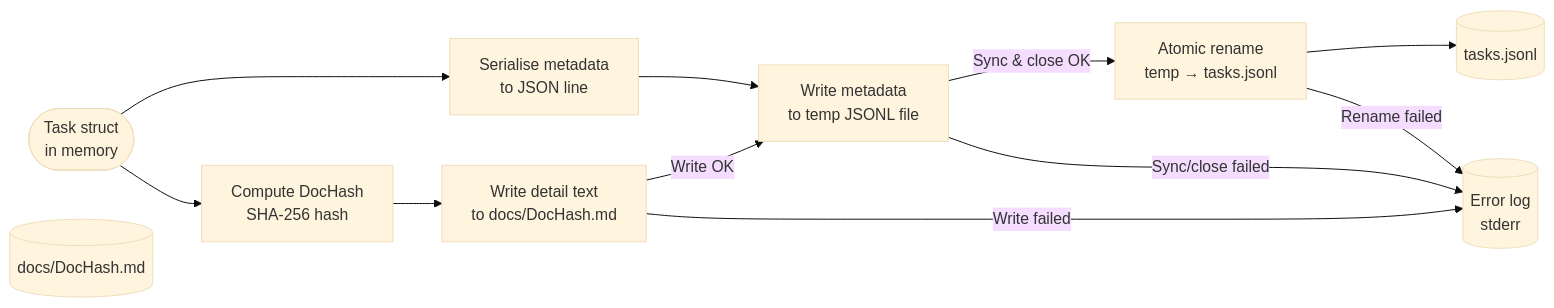
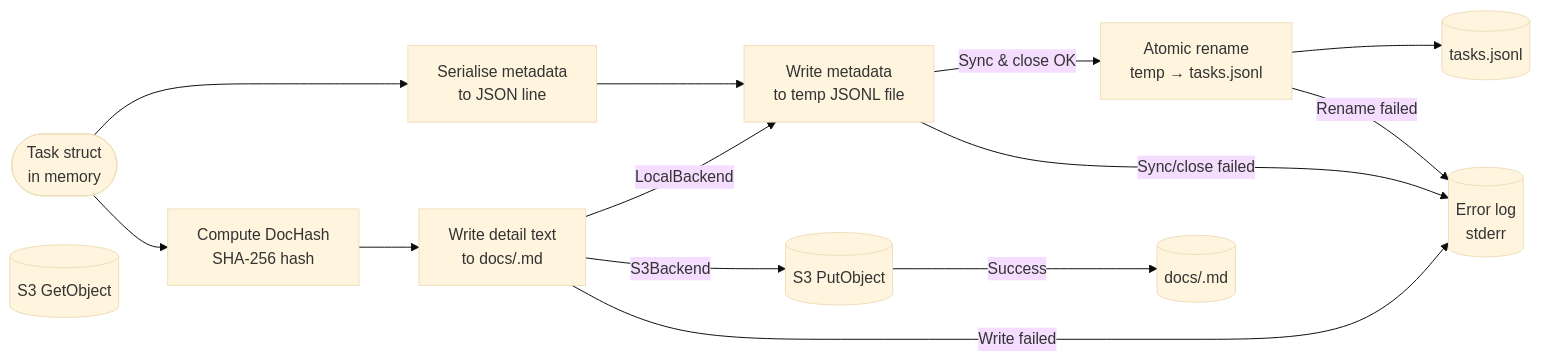
Before and after one commit to bmordue/tssk: the diagram in docs/flows/data-pipeline.md, drawn with Mermaid (base theme). The commit also changed other lines of this file and 6 other files, not shown here.

First line of the commit message:
docs: update architecture diagrams to match current codebase

````diff
--- a/docs/flows/data-pipeline.md
+++ b/docs/flows/data-pipeline.md
@@ -8,23 +8,27 @@
 ```mermaid
 flowchart LR
     INPUT([Task struct\nin memory])
     META[Serialise metadata\nto JSON line]
     HASH[Compute DocHash\nSHA-256 hash]
-    DETAIL[Write detail text\nto docs/DocHash.md]
+    DETAIL[Write detail text\nto docs/<hash_prefix>.md]
     TMP[Write metadata\nto temp JSONL file]
     RENAME[Atomic rename\ntemp → tasks.jsonl]
     JSONL[(tasks.jsonl)]
-    DOCS[(docs/DocHash.md)]
+    DOCS[(docs/<hash_prefix>.md)]
+    S3WRITE[(S3 PutObject)]
+    S3READ[(S3 GetObject)]
     ERROR[(Error log\nstderr)]
 
     INPUT --> META
     INPUT --> HASH
     HASH --> DETAIL
-    DETAIL -->|Write OK| TMP
+    DETAIL -->|LocalBackend| TMP
+    DETAIL -->|S3Backend| S3WRITE
     DETAIL -->|Write failed| ERROR
     META --> TMP
     TMP -->|Sync & close OK| RENAME
     TMP -->|Sync/close failed| ERROR
     RENAME --> JSONL
     RENAME -->|Rename failed| ERROR
+    S3WRITE -->|Success| DOCS
 ```
````
